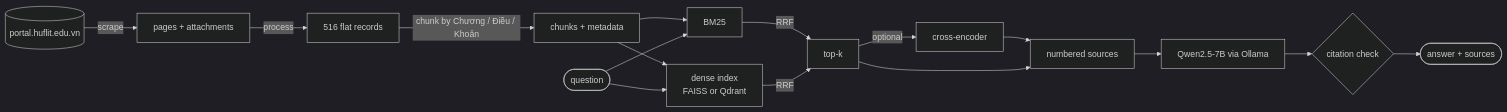
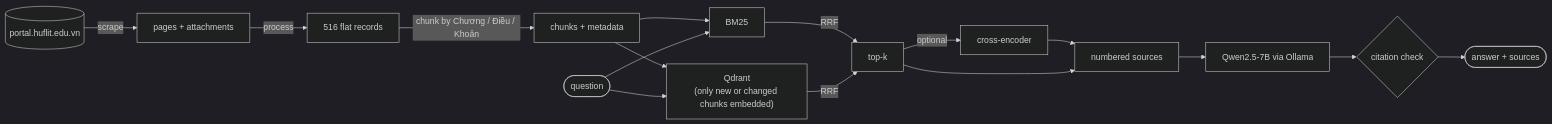
One commit to bebaobanhbaoo-create/vietnamese-qa-platform changed the diagram in README.md. Above: the diagram before and after it, drawn with Mermaid (dark theme). The commit also changed other lines of this file and 5 other files, not shown here.

Commit message:
docs: ghi lại việc chuyển sang Qdrant và số đo so với FAISS

````diff
--- a/README.md
+++ b/README.md
@@ -22,16 +22,16 @@
 ```mermaid
 flowchart LR
     portal[(portal.huflit.edu.vn)] -->|scrape| raw[pages + attachments]
     raw -->|process| records[516 flat records]
     records -->|"chunk by Chương / Điều / Khoản"| chunks[chunks + metadata]
     chunks --> bm25[BM25]
-    chunks --> dense["dense index<br/>FAISS or Qdrant"]
+    chunks --> dense["Qdrant<br/>(only new or changed chunks embedded)"]
     q([question]) --> bm25 & dense
     bm25 & dense -->|RRF| fused[top-k]
     fused -->|optional| rerank[cross-encoder]
     rerank --> prompt[numbered sources]
     fused --> prompt
     prompt --> llm[Qwen2.5-7B via Ollama]
     llm --> check{citation check}
     check --> answer([answer + sources])
 ```
````
